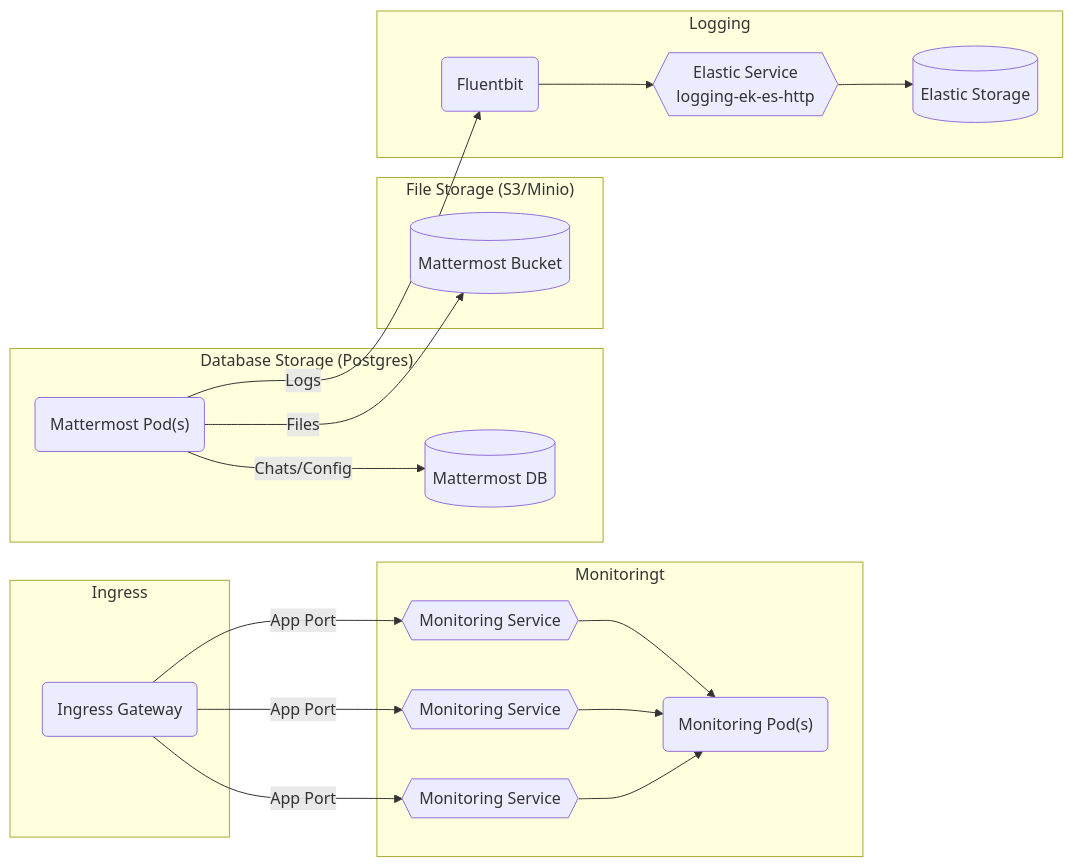
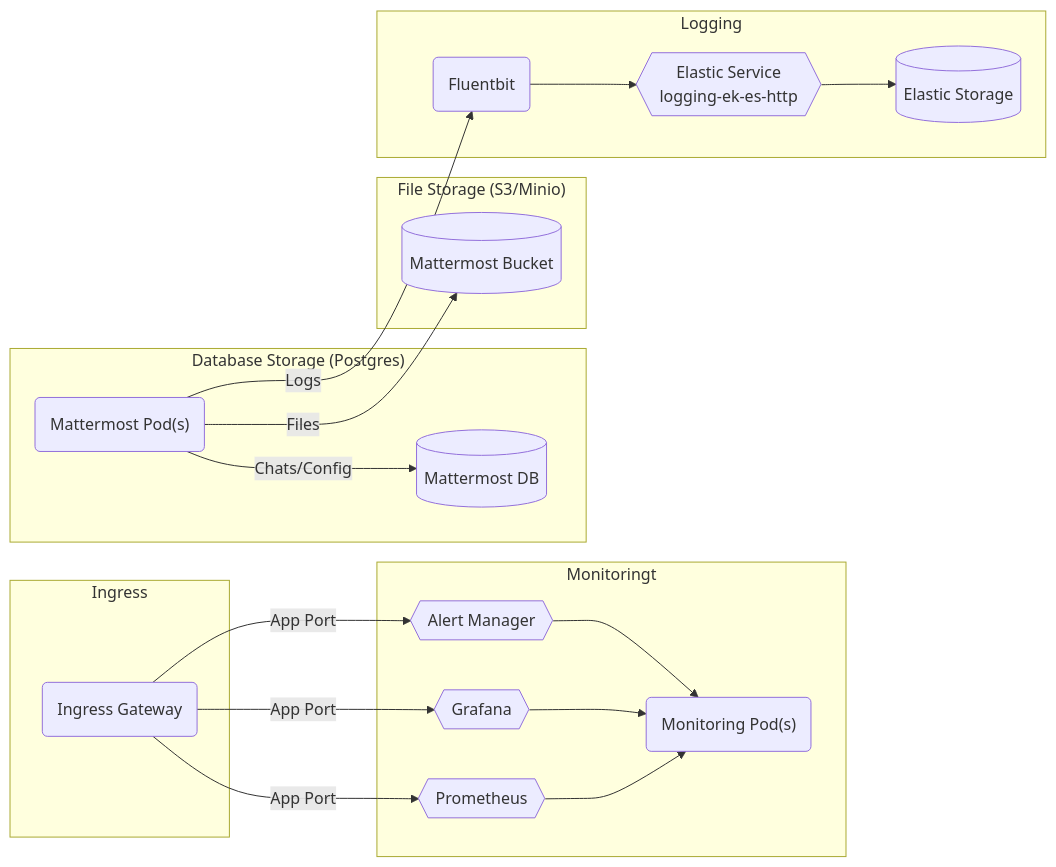
Before and after one commit to sbko/bigbang: the diagram in charter/packages/monitoring/Architecture.md, drawn with Mermaid.

Commit message:
monitoring architecture

````diff
--- a/charter/packages/monitoring/Architecture.md
+++ b/charter/packages/monitoring/Architecture.md
@@ -12,29 +12,29 @@
  ```mermaid
 graph LR
   subgraph "Monitoringt"
     monitoringpods("Monitoringt Pod(s)")
-    alertmanager{{Monitoring Service}} --> monitoringpods("Monitoring Pod(s)")
-    grafana{{Monitoring Service}} --> monitoringpods("Monitoring Pod(s)")
-    prometheus{{Monitoring Service}} --> monitoringpods("Monitoring Pod(s)")
+    alertmanager{{Alert Manager}} --> monitoringpods("Monitoring Pod(s)")
+    grafana{{Grafana}} --> monitoringpods("Monitoring Pod(s)")
+    prometheus{{Prometheus}} --> monitoringpods("Monitoring Pod(s)")
   end      
 
   subgraph "Ingress"
     ig(Ingress Gateway) --"App Port"--> alertmanager
     ig(Ingress Gateway) --"App Port"--> grafana
      ig(Ingress Gateway) --"App Port"--> prometheus
      
   end
 
   subgraph "Database Storage (Postgres)"
     mattermostpods("Mattermost Pod(s)") --"Chats/Config"--> database[(Mattermost DB)]
   end
 
   subgraph "File Storage (S3/Minio)"
     mattermostpods("Mattermost Pod(s)") --"Files"--> bucket[(Mattermost Bucket)]
   end
 
   subgraph "Logging"
     mattermostpods("Mattermost Pod(s)") --"Logs"--> fluent(Fluentbit) --> logging-ek-es-http
     logging-ek-es-http{{Elastic Service<br />logging-ek-es-http}} --> elastic[(Elastic Storage)]
   end
 ```   
````
